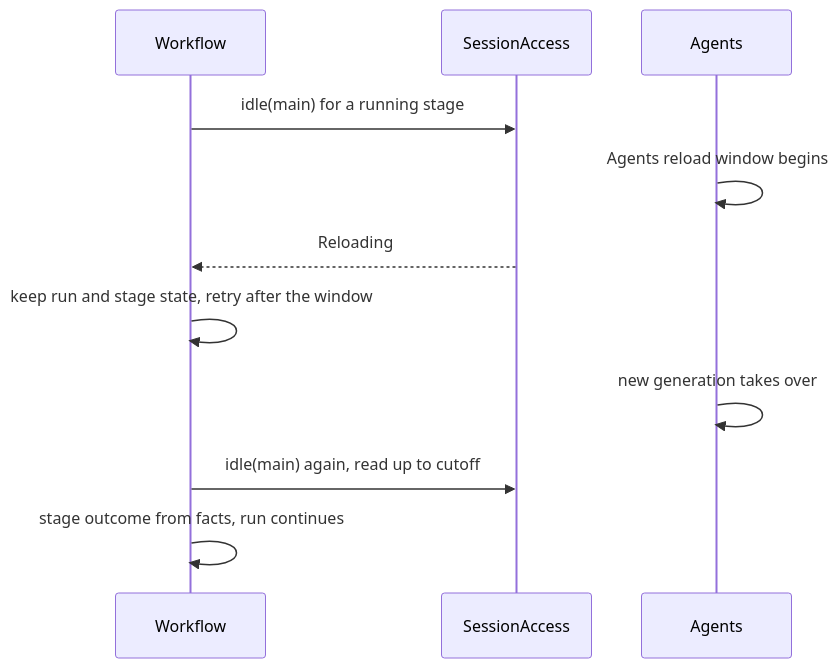
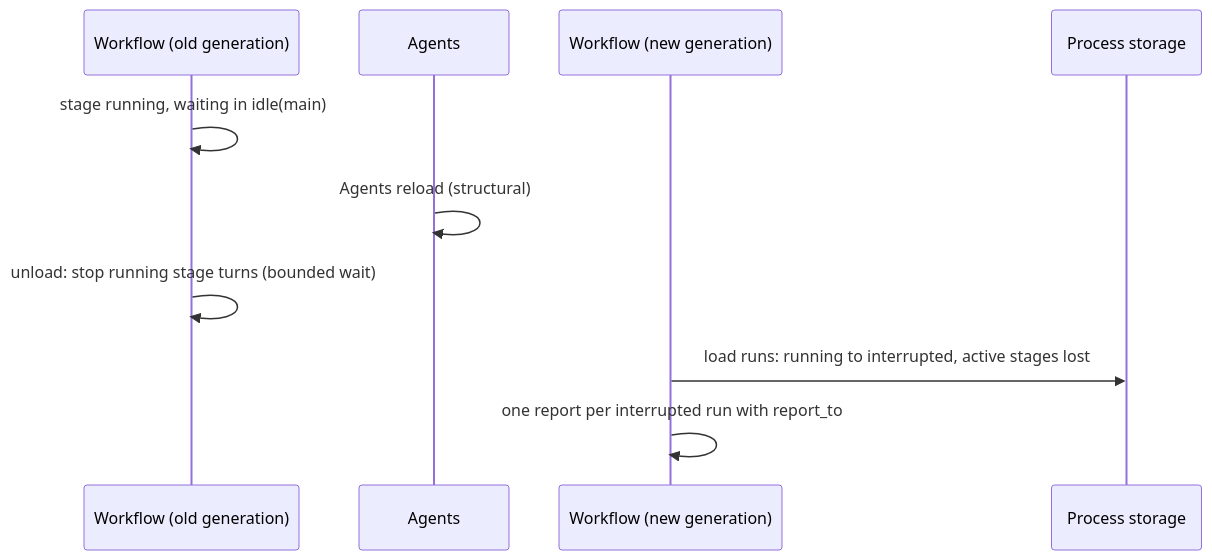
One commit to CoutinhoTTS/dim-agent changed the sixth of 6 diagrams in docs/design/plugins/Workflow.md. Above: the diagram before and after it, drawn with Mermaid. The commit also changed other lines of this file and 3 other files, not shown here.

Commit message:
docs(design): rescope Scheduler, Workflow, ExternalAgent and AcpGateway per ADR 002

````diff
--- a/docs/design/plugins/Workflow.md
+++ b/docs/design/plugins/Workflow.md
@@ -165,13 +163,12 @@
 ```mermaid
 sequenceDiagram
-  participant WF as Workflow
-  participant SA as SessionAccess
-  participant AG as Agents
-  WF->>SA: idle(main) for a running stage
-  AG->>AG: Agents reload window begins
-  SA-->>WF: Reloading
-  WF->>WF: keep run and stage state, retry after the window
-  AG->>AG: new generation takes over
-  WF->>SA: idle(main) again, read up to cutoff
-  WF->>WF: stage outcome from facts, run continues
+  participant WF as Workflow (old generation)
+  participant A as Agents
+  participant WF2 as Workflow (new generation)
+  participant ST as Process storage
+  WF->>WF: stage running, waiting in idle(main)
+  A->>A: Agents reload (structural)
+  WF->>WF: unload: stop running stage turns (bounded wait)
+  WF2->>ST: load runs: running to interrupted, active stages lost
+  WF2->>WF2: one report per interrupted run with report_to
 ```
````
